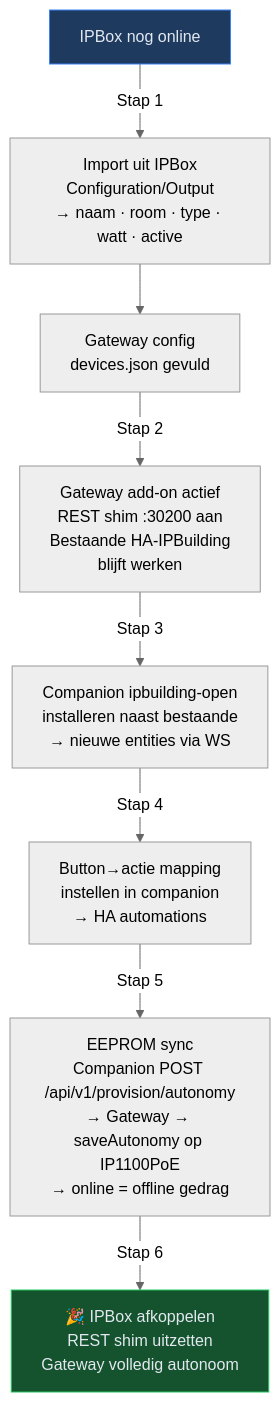
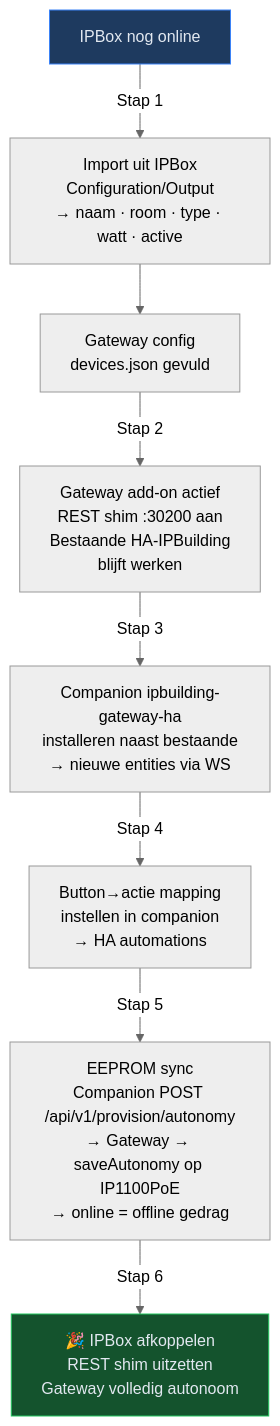
One commit to markminnoye/IPBuilding-Gateway changed the fourth of 4 diagrams in ARCHITECTURE.md. Above: the diagram before and after it, drawn with Mermaid (neutral theme). The commit also changed other lines of this file and 45 other files, not shown here.

````diff
--- a/ARCHITECTURE.md
+++ b/ARCHITECTURE.md
@@ -309,13 +310,13 @@
 ```mermaid
 flowchart TD
     A["IPBox nog online"] -->|Stap 1| B["Import uit IPBox\nConfiguration/Output\n→ naam · room · type · watt · active"]
     B --> C["Gateway config\ndevices.json gevuld"]
     C -->|Stap 2| D["Gateway add-on actief\nREST shim :30200 aan\nBestaande HA-IPBuilding\nblijft werken"]
-    D -->|Stap 3| E["Companion ipbuilding-open\ninstalleren naast bestaande\n→ nieuwe entities via WS"]
+    D -->|Stap 3| E["Companion ipbuilding-gateway-ha\ninstalleren naast bestaande\n→ nieuwe entities via WS"]
     E -->|Stap 4| F["Button→actie mapping\ninstellen in companion\n→ HA automations"]
     F -->|Stap 5| G["EEPROM sync\nCompanion POST /api/v1/provision/autonomy\n→ Gateway → saveAutonomy op IP1100PoE\n→ online = offline gedrag"]
     G -->|Stap 6| H["🎉 IPBox afkoppelen\nREST shim uitzetten\nGateway volledig autonoom"]
 
     style A fill:#1e3a5f,stroke:#3b82f6,color:#e2e8f0
     style H fill:#14532d,stroke:#22c55e,color:#e2e8f0
 ```
````
